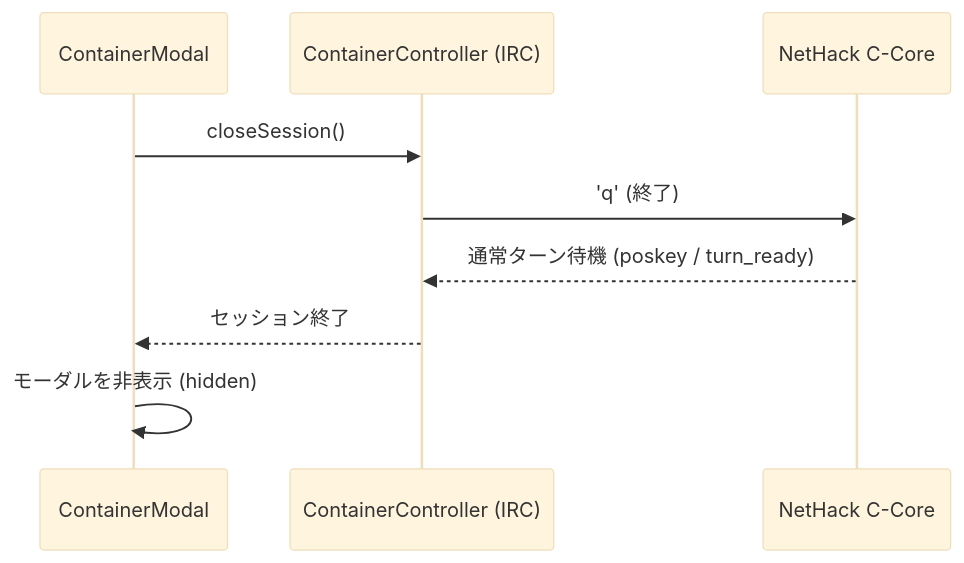
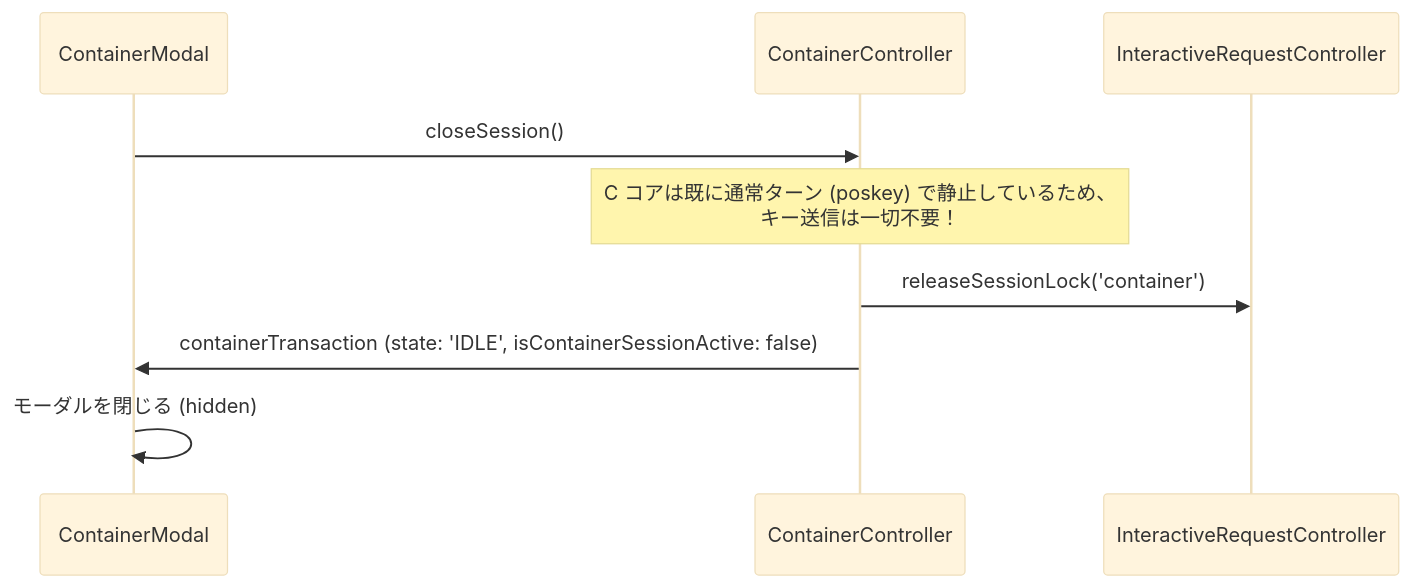
Before and after one commit to e3sh/Nethack-wasm-webUI: the fourth of 4 diagrams in docs/3_gkl/Container_Interaction_Specification_IRC.md, drawn with Mermaid (base theme). The commit also changed other lines of this file and 4 other files, not shown here.

````diff
--- a/docs/3_gkl/Container_Interaction_Specification_IRC.md
+++ b/docs/3_gkl/Container_Interaction_Specification_IRC.md
@@ -100,12 +163,12 @@
 ```mermaid
 sequenceDiagram
     participant UI as ContainerModal
-    participant Ctrl as ContainerController (IRC)
-    participant C as NetHack C-Core
+    participant CC as ContainerController
+    participant IRC as InteractiveRequestController
 
-    UI->>Ctrl: closeSession()
-    Ctrl->>C: 'q' (終了)
-    C-->>Ctrl: 通常ターン待機 (poskey / turn_ready)
-    Ctrl-->>UI: セッション終了
-    UI->>UI: モーダルを非表示 (hidden)
+    UI->>CC: closeSession()
+    Note over CC: C コアは既に通常ターン (poskey) で静止しているため、<br/>キー送信は一切不要！
+    CC->>IRC: releaseSessionLock('container')
+    CC->>UI: containerTransaction (state: 'IDLE', isContainerSessionActive: false)
+    UI->>UI: モーダルを閉じる (hidden)
 ```
````
